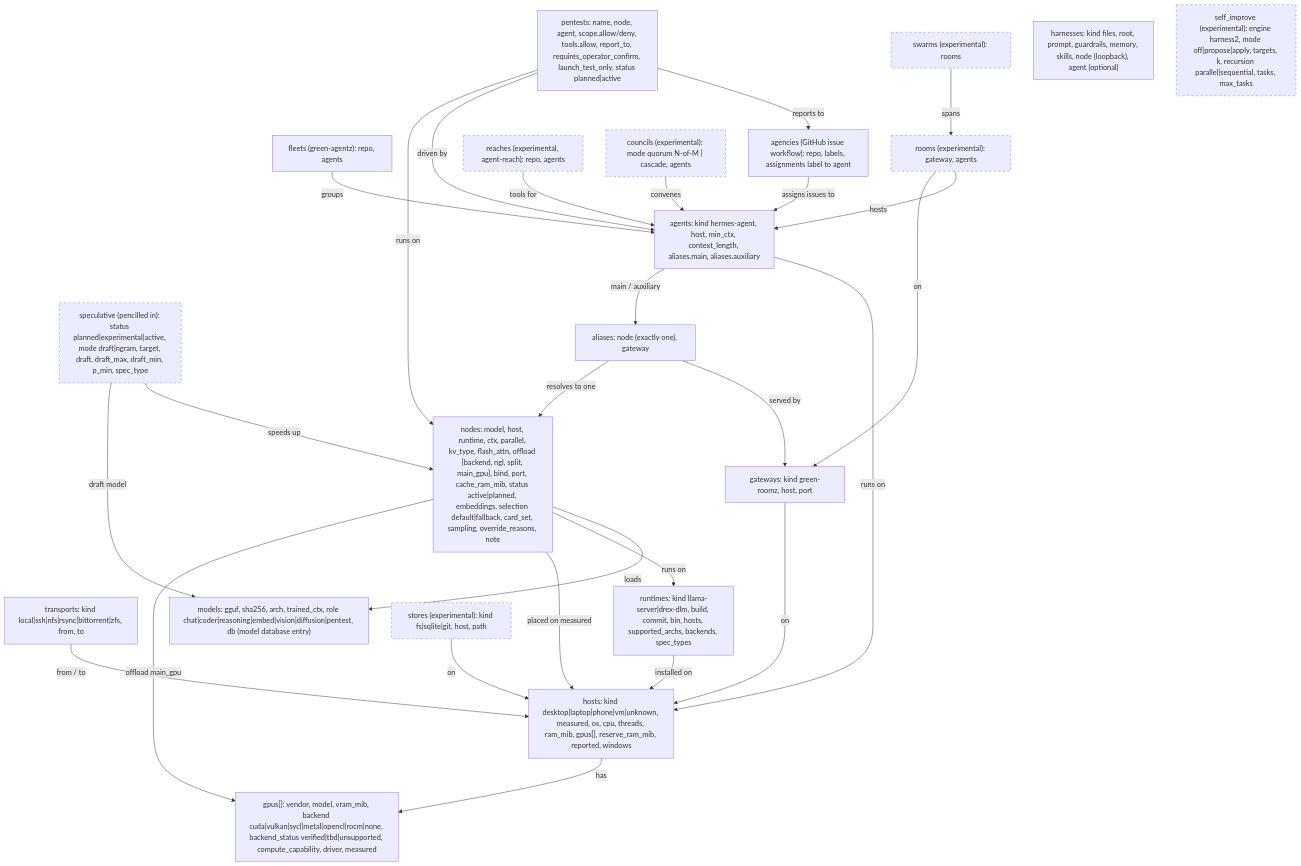
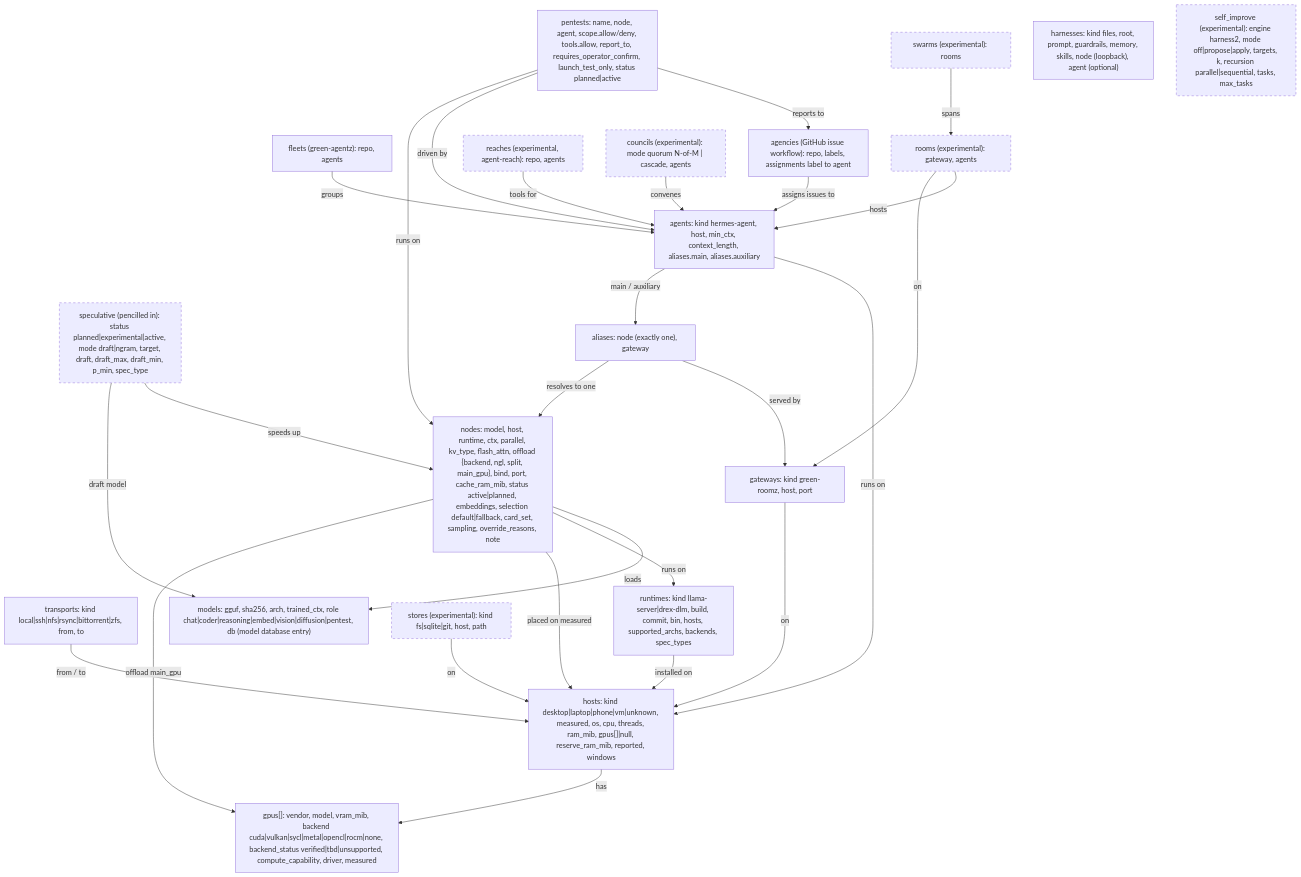
One commit to brianreborn/familia changed the diagram in docs/graph-types.md. Above: the diagram before and after it, drawn with Mermaid. The commit also changed other lines of this file and 24 other files, not shown here.

First line of the commit message:
feat: launch graph topology and measure FreeBSD hosts

````diff
--- a/docs/graph-types.md
+++ b/docs/graph-types.md
@@ -20,51 +20,51 @@
 ```mermaid
 graph TD
-  host["hosts: kind desktop|laptop|phone|vm|unknown, measured, os, cpu, threads, ram_mib, gpus[], reserve_ram_mib, reported, windows"]
+  host["hosts: kind desktop|laptop|phone|vm|unknown, measured, os, cpu, threads, ram_mib, gpus[]|null, reserve_ram_mib, reported, windows"]
   gpu["gpus[]: vendor, model, vram_mib, backend cuda|vulkan|sycl|metal|opencl|rocm|none, backend_status verified|tbd|unsupported, compute_capability, driver, measured"]
   transport["transports: kind local|ssh|nfs|rsync|bittorrent|zfs, from, to"]
   runtime["runtimes: kind llama-server|drex-dlm, build, commit, bin, hosts, supported_archs, backends, spec_types"]
   model["models: gguf, sha256, arch, trained_ctx, role chat|coder|reasoning|embed|vision|diffusion|pentest, db (model database entry)"]
   node["nodes: model, host, runtime, ctx, parallel, kv_type, flash_attn, offload {backend, ngl, split, main_gpu}, bind, port, cache_ram_mib, status active|planned, embeddings, selection default|fallback, card_set, sampling, override_reasons, note"]
   spec["speculative (pencilled in): status planned|experimental|active, mode draft|ngram, target, draft, draft_max, draft_min, p_min, spec_type"]:::exp
   gateway["gateways: kind green-roomz, host, port"]
   alias["aliases: node (exactly one), gateway"]
   agent["agents: kind hermes-agent, host, min_ctx, context_length, aliases.main, aliases.auxiliary"]
   fleet["fleets (green-agentz): repo, agents"]
   agency["agencies (GitHub issue workflow): repo, labels, assignments label to agent"]
   room["rooms (experimental): gateway, agents"]:::exp
   swarm["swarms (experimental): rooms"]:::exp
   store["stores (experimental): kind fs|sqlite|git, host, path"]:::exp
   reach["reaches (experimental, agent-reach): repo, agents"]:::exp
   council["councils (experimental): mode quorum N-of-M | cascade, agents"]:::exp
   pentest["pentests: name, node, agent, scope.allow/deny, tools.allow, report_to, requires_operator_confirm, launch_test_only, status planned|active"]
   harness["harnesses: kind files, root, prompt, guardrails, memory, skills, node (loopback), agent (optional)"]
   selfimp["self_improve (experimental): engine harness2, mode off|propose|apply, targets, k, recursion parallel|sequential, tasks, max_tasks"]:::exp
 
 
   host -->|has| gpu
   node -->|offload main_gpu| gpu
   spec -->|draft model| model
   spec -->|speeds up| node
   transport -->|from / to| host
   runtime -->|installed on| host
   node -->|placed on measured| host
   node -->|runs on| runtime
   node -->|loads| model
   alias -->|resolves to one| node
   alias -->|served by| gateway
   gateway -->|on| host
   agent -->|main / auxiliary| alias
   agent -->|runs on| host
   fleet -->|groups| agent
   agency -->|assigns issues to| agent
   room -->|on| gateway
   room -->|hosts| agent
   swarm -->|spans| room
   store -->|on| host
   reach -->|tools for| agent
   council -->|convenes| agent
   pentest -->|runs on| node
   pentest -->|driven by| agent
   pentest -->|reports to| agency
   classDef exp stroke-dasharray: 5 5
 ```
````
